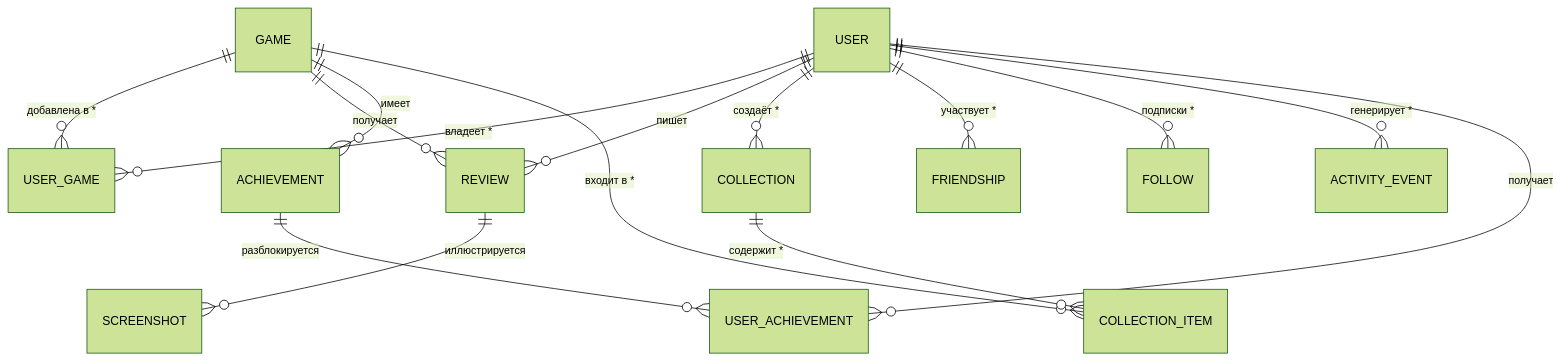
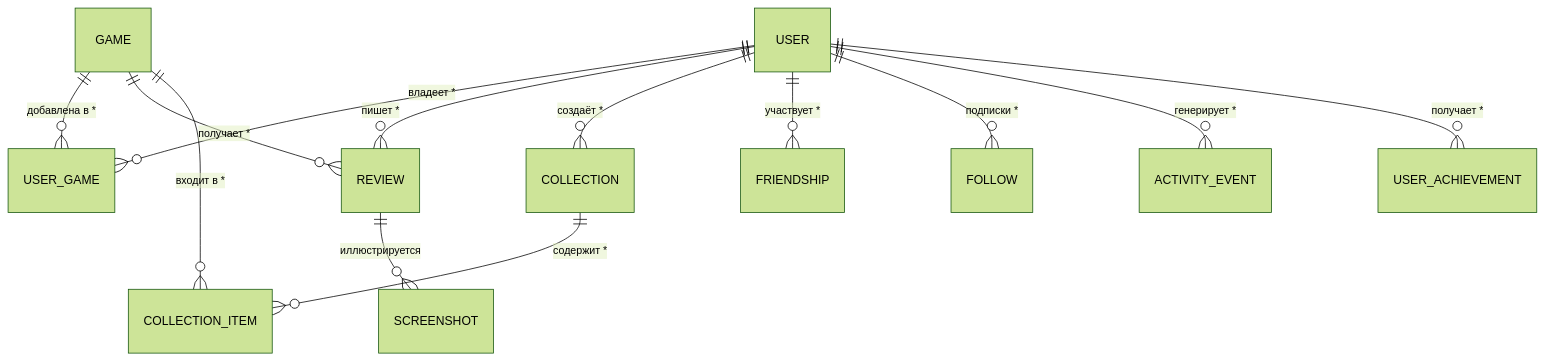
Before and after one commit to wapssess-gif/gamehub: the diagram in docs/04-data-model.md, drawn with Mermaid (forest theme). The commit also changed other lines of this file and 4 other files, not shown here.

````diff
--- a/docs/04-data-model.md
+++ b/docs/04-data-model.md
@@ -170,19 +186,17 @@
 ```mermaid
 erDiagram
     USER ||--o{ USER_GAME : "владеет *"
-    USER ||--o{ REVIEW : "пишет"
+    USER ||--o{ REVIEW : "пишет *"
     USER ||--o{ COLLECTION : "создаёт *"
     USER ||--o{ FRIENDSHIP : "участвует *"
     USER ||--o{ FOLLOW : "подписки *"
     USER ||--o{ ACTIVITY_EVENT : "генерирует *"
-    USER ||--o{ USER_ACHIEVEMENT : "получает"
+    USER ||--o{ USER_ACHIEVEMENT : "получает *"
 
     GAME ||--o{ USER_GAME : "добавлена в *"
-    GAME ||--o{ REVIEW : "получает"
-    GAME ||--o{ ACHIEVEMENT : "имеет"
+    GAME ||--o{ REVIEW : "получает *"
     GAME ||--o{ COLLECTION_ITEM : "входит в *"
 
     COLLECTION ||--o{ COLLECTION_ITEM : "содержит *"
     REVIEW ||--o{ SCREENSHOT : "иллюстрируется"
-    ACHIEVEMENT ||--o{ USER_ACHIEVEMENT : "разблокируется"
 ```
````
